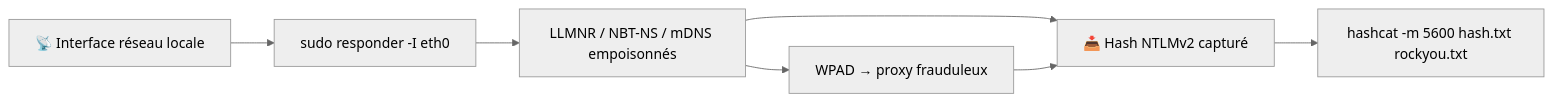
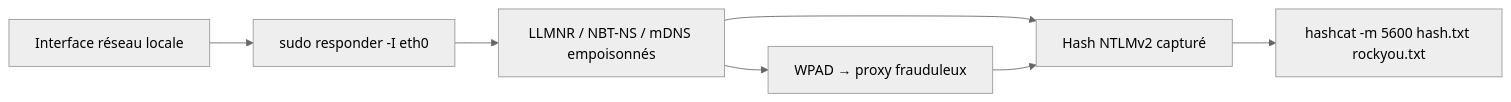
The diagram in public/offsidian/vault/Cybersécurité Offensive/Outils/Outil - Responder.md (F0X-hack/foxhack.fr), drawn with Mermaid (neutral theme) before and after one commit. The commit also changed other lines of this file and 369 other files, not shown here.

````diff
--- a/public/offsidian/vault/Cybersécurité Offensive/Outils/Outil - Responder.md
+++ b/public/offsidian/vault/Cybersécurité Offensive/Outils/Outil - Responder.md
@@ -47,9 +47,9 @@
 ```mermaid
 flowchart LR
-    A["📡 Interface réseau locale"] --> B["sudo responder -I eth0"]
+    A["Interface réseau locale"] --> B["sudo responder -I eth0"]
     B --> C["LLMNR / NBT-NS / mDNS empoisonnés"]
-    C --> D["📥 Hash NTLMv2 capturé"]
+    C --> D["Hash NTLMv2 capturé"]
     D --> E["hashcat -m 5600 hash.txt rockyou.txt"]
     C --> F["WPAD → proxy frauduleux"]
     F --> D
 ```
````
